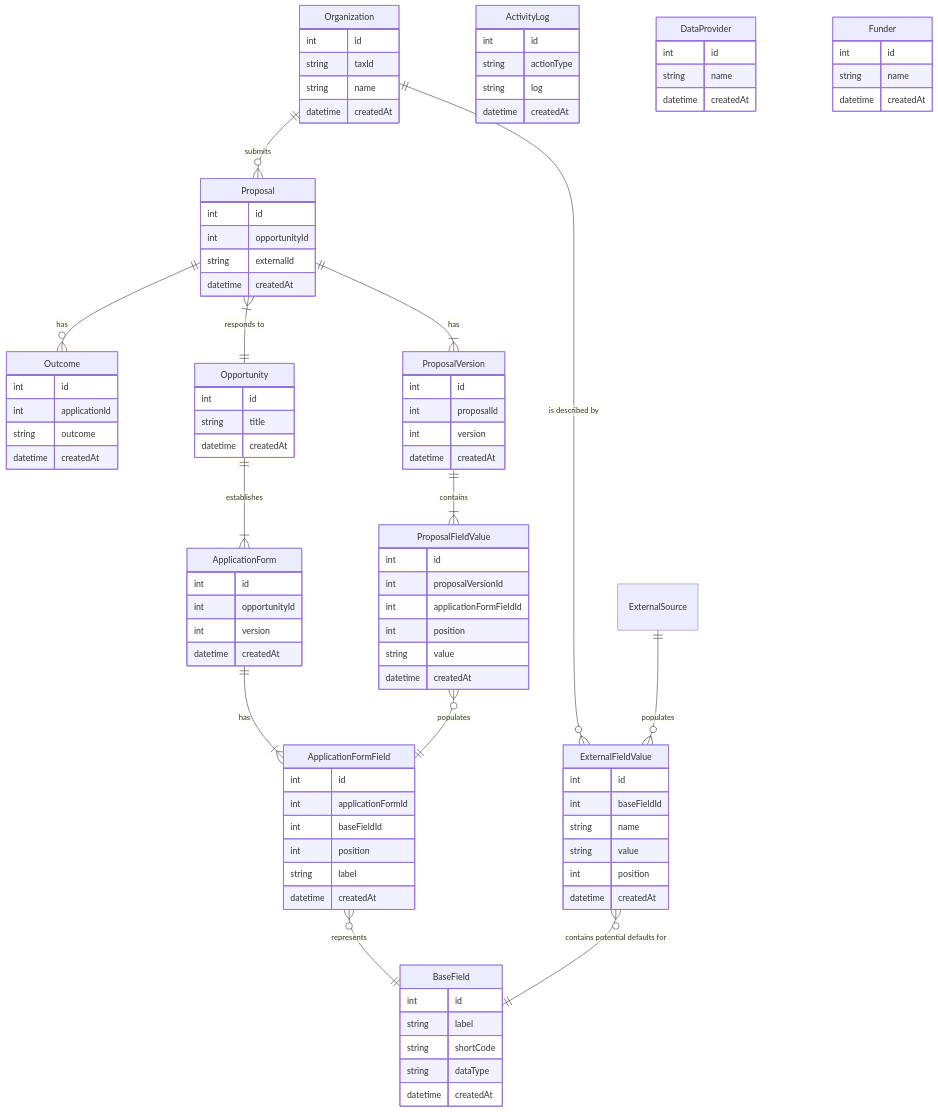
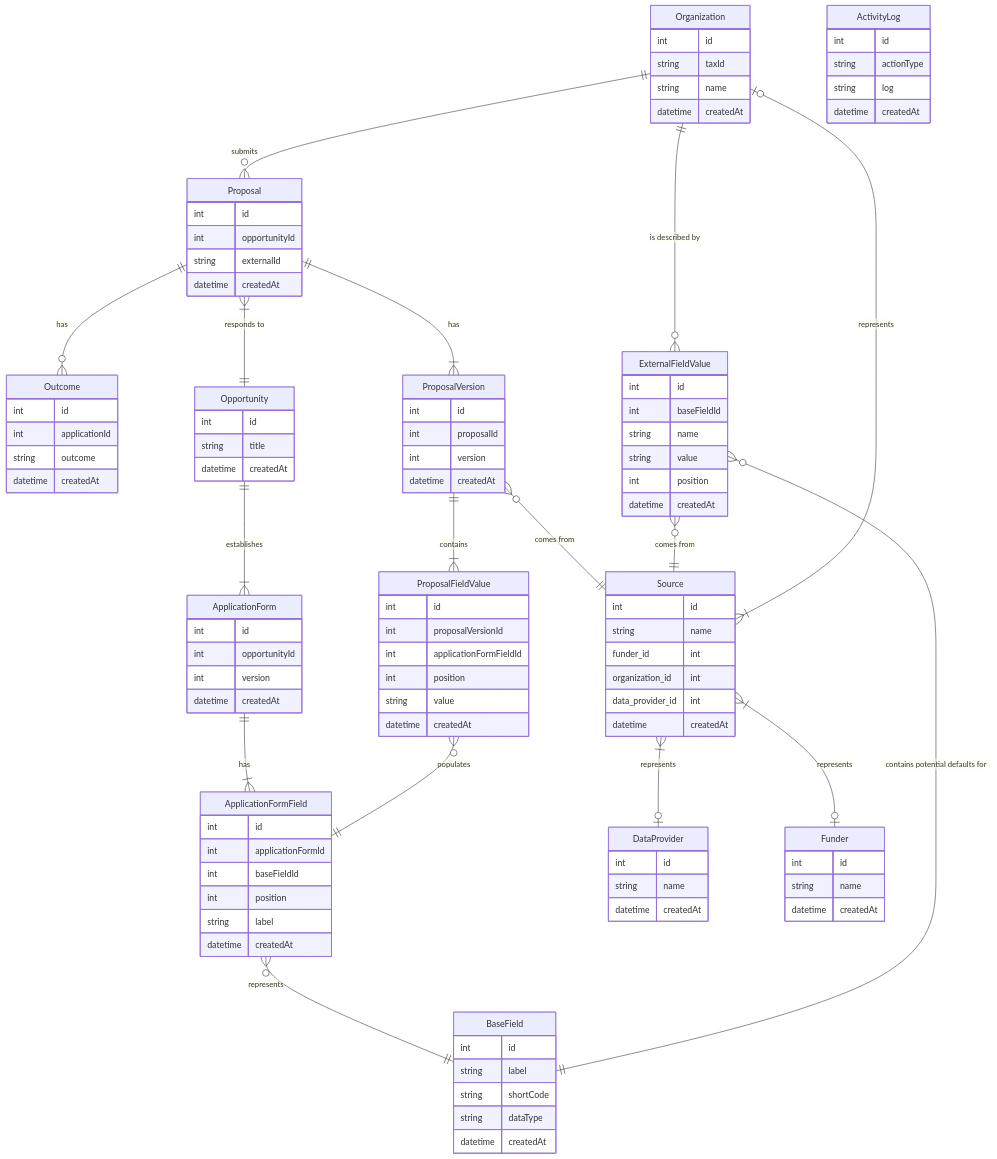
One commit to PhilanthropyDataCommons/service changed the first of 4 diagrams in docs/ENTITY_RELATIONSHIP_DIAGRAM.md. Above: the diagram before and after it, drawn with Mermaid. The commit also changed 19 other files, not shown here.

````diff
--- a/docs/ENTITY_RELATIONSHIP_DIAGRAM.md
+++ b/docs/ENTITY_RELATIONSHIP_DIAGRAM.md
@@ -86,6 +86,14 @@
     string name
     datetime createdAt
   }
+  Source {
+    int id
+    string name
+    funder_id int
+    organization_id int
+    data_provider_id int
+    datetime createdAt
+  }
 
   Organization ||--o{ Proposal : submits
   Proposal }|--|| Opportunity : "responds to"
@@ -98,5 +106,9 @@
   ProposalFieldValue }o--|| ApplicationFormField : populates
   Organization ||--o{ ExternalFieldValue : "is described by"
   ExternalFieldValue }o--|| BaseField : "contains potential defaults for"
-  ExternalSource ||--o{ ExternalFieldValue : "populates"
+  Source }|--o| Funder : "represents"
+  Source }|--o| Organization : "represents"
+  Source }|--o| DataProvider : "represents"
+  ProposalVersion }o--|| Source : "comes from"
+  ExternalFieldValue }o--|| Source : "comes from"
 ```
````
